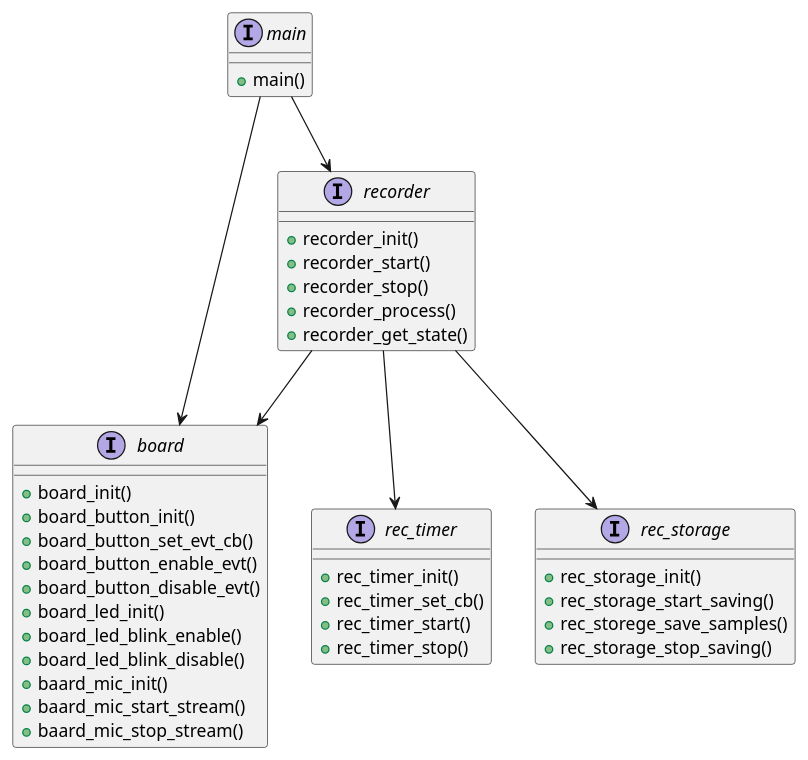
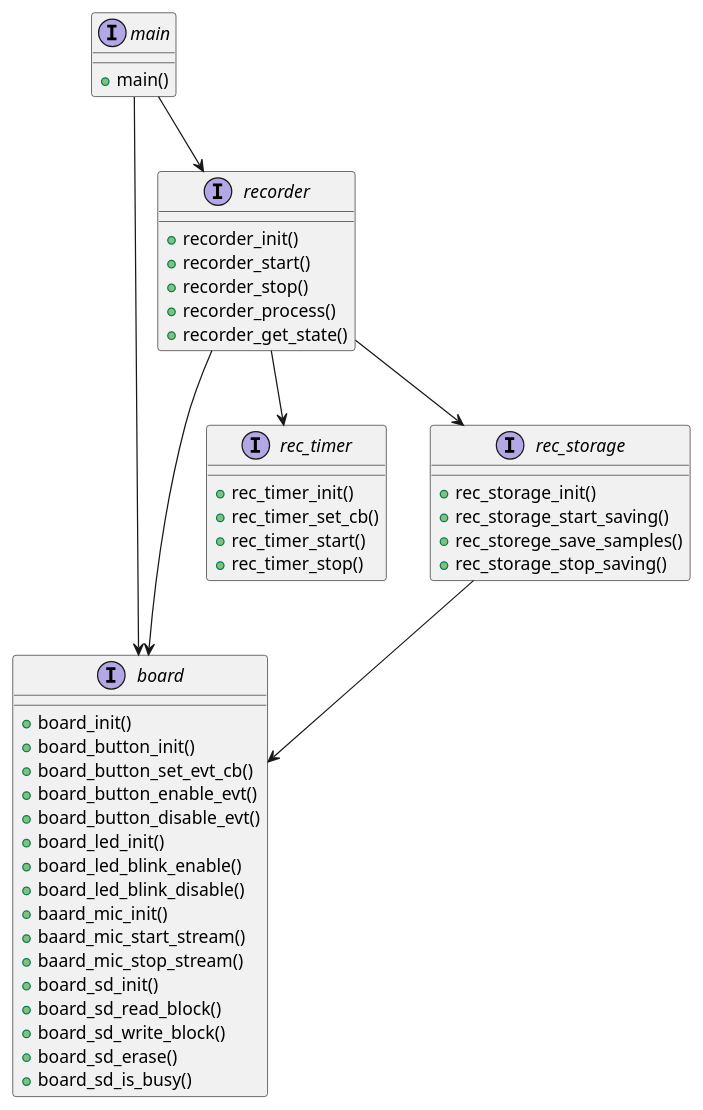
Before and after one commit to AlmazShai/sound_recorder_fw: the diagram in docs/sound_recorder_fw.wsd, drawn with PlantUML. The commit also changed 1 other file, not shown here.

Commit message:
fw_architecure diagram fixed

```diff
--- a/docs/sound_recorder_fw.wsd
+++ b/docs/sound_recorder_fw.wsd
@@ -1,50 +1,56 @@
 @startuml fw_architecture
 
 interface main {
     + main()
 }
 
 interface board {
     + board_init()
     + board_button_init()
     + board_button_set_evt_cb()
     + board_button_enable_evt()
     + board_button_disable_evt()
     + board_led_init()
     + board_led_blink_enable()
     + board_led_blink_disable()
     + baard_mic_init()
     + baard_mic_start_stream()
     + baard_mic_stop_stream()
+    + board_sd_init()
+    + board_sd_read_block()
+    + board_sd_write_block()
+    + board_sd_erase()
+    + board_sd_is_busy()
 }
 
 interface recorder {
     + recorder_init()
     + recorder_start()
     + recorder_stop()
     + recorder_process()
     + recorder_get_state()
 }
 
 interface rec_timer {
     + rec_timer_init()
     + rec_timer_set_cb()
     + rec_timer_start()
     + rec_timer_stop()
 }
 
 interface rec_storage {
     + rec_storage_init()
     + rec_storage_start_saving()
     + rec_storege_save_samples()
     + rec_storage_stop_saving()
 }
 
 main --> recorder
 main --> board
 
 recorder --> rec_timer
 recorder --> board
 recorder --> rec_storage
+rec_storage --> board
 
 @enduml
```
